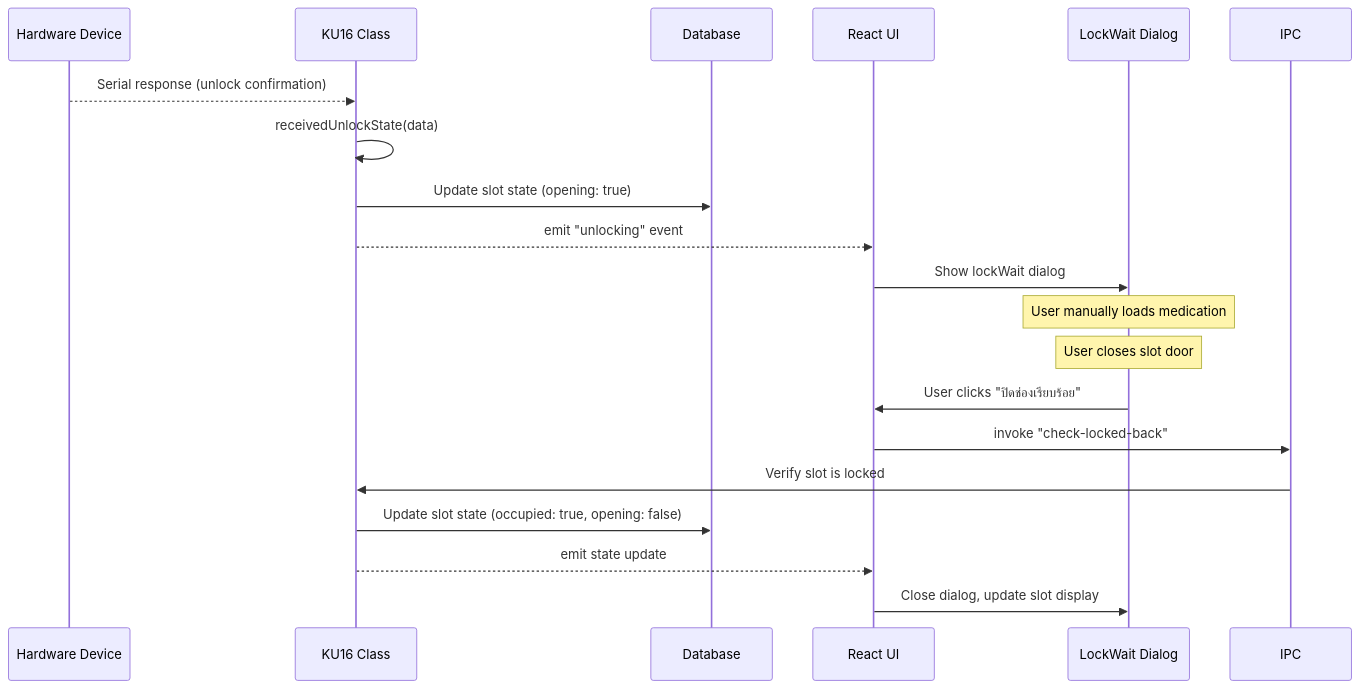
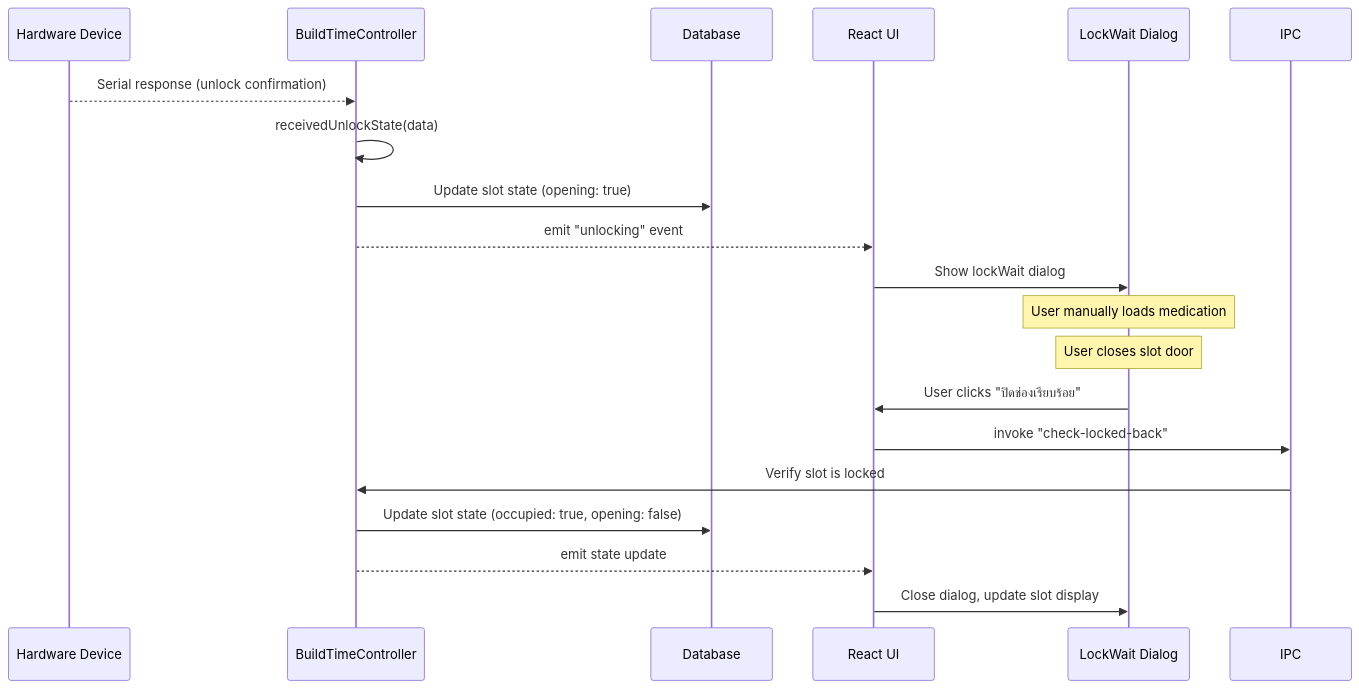
Before and after one commit to mojisejr/smc-app: the fourth of 11 diagrams in docs/system-architecture/05-data-flow-patterns.md, drawn with Mermaid. The commit also changed other lines of this file and 16 other files, not shown here.

````diff
--- a/docs/system-architecture/05-data-flow-patterns.md
+++ b/docs/system-architecture/05-data-flow-patterns.md
@@ -181,24 +181,24 @@
 ```mermaid
 sequenceDiagram
     participant HW as Hardware Device
-    participant KU16 as KU16 Class
+    participant CTRL as BuildTimeController
     participant DB as Database
     participant UI as React UI
     participant Modal as LockWait Dialog
 
-    HW-->>KU16: Serial response (unlock confirmation)
-    KU16->>KU16: receivedUnlockState(data)
-    KU16->>DB: Update slot state (opening: true)
-    KU16-->>UI: emit "unlocking" event
+    HW-->>CTRL: Serial response (unlock confirmation)
+    CTRL->>CTRL: receivedUnlockState(data)
+    CTRL->>DB: Update slot state (opening: true)
+    CTRL-->>UI: emit "unlocking" event
     UI->>Modal: Show lockWait dialog
     
     Note over Modal: User manually loads medication
     Note over Modal: User closes slot door
     
     Modal->>UI: User clicks "ปิดช่องเรียบร้อย"
     UI->>IPC: invoke "check-locked-back"
-    IPC->>KU16: Verify slot is locked
-    KU16->>DB: Update slot state (occupied: true, opening: false)
-    KU16-->>UI: emit state update
+    IPC->>CTRL: Verify slot is locked
+    CTRL->>DB: Update slot state (occupied: true, opening: false)
+    CTRL-->>UI: emit state update
     UI->>Modal: Close dialog, update slot display
 ```
````
